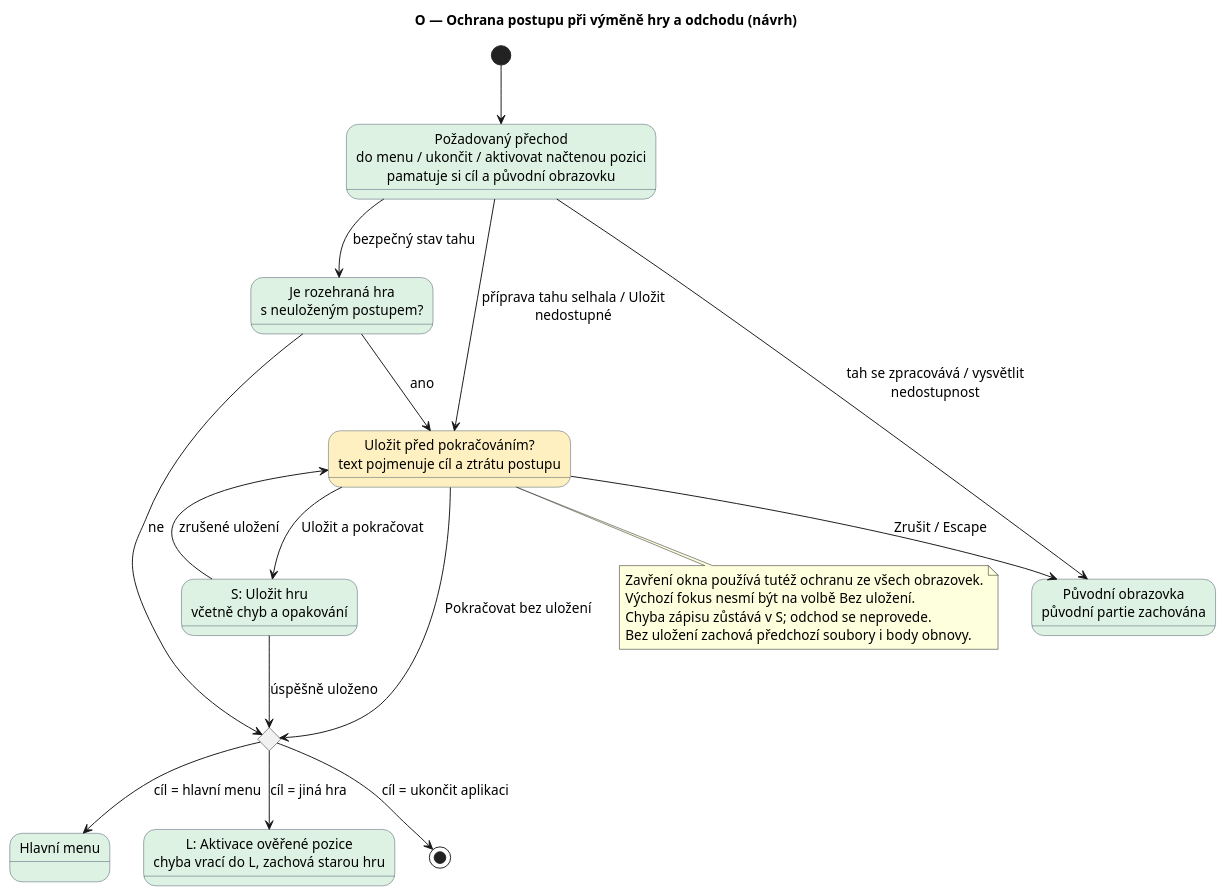
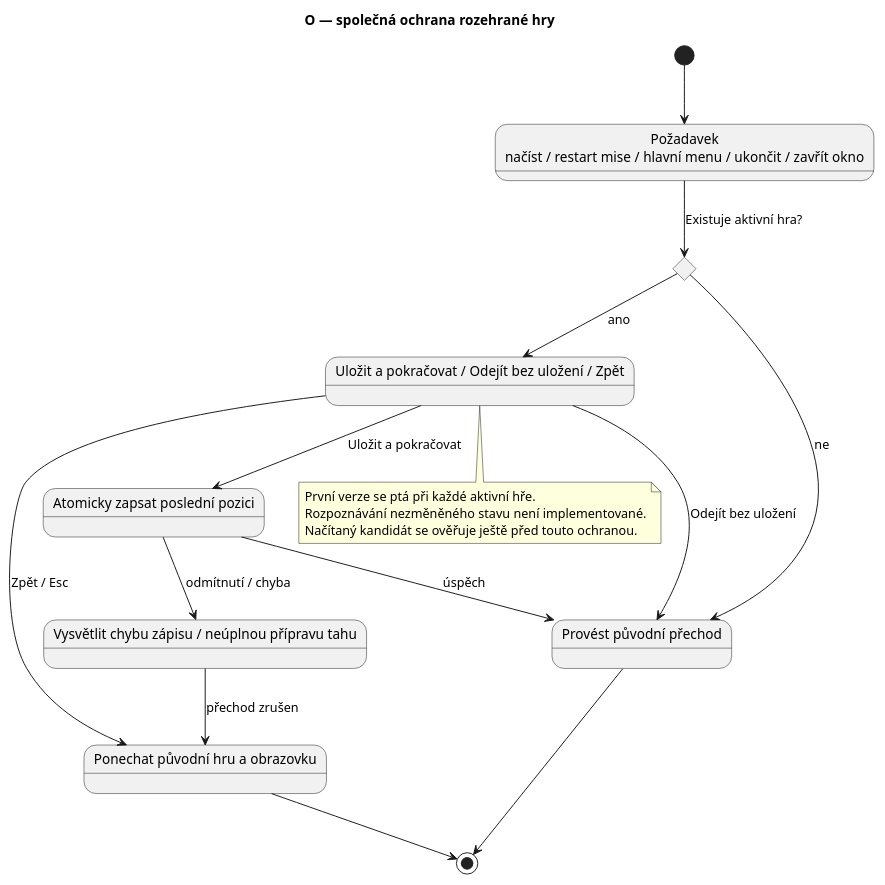
Before and after one commit to jajir/microcol: the diagram in docs/diagrams/save-load/leave.puml, drawn with PlantUML. The commit also changed 56 other files, not shown here.

```diff
--- a/docs/diagrams/save-load/leave.puml
+++ b/docs/diagrams/save-load/leave.puml
@@ -1,39 +1,29 @@
 @startuml
-title O — Ochrana postupu při výměně hry a odchodu (návrh)
+title O — společná ochrana rozehrané hry
 skinparam shadowing false
 skinparam defaultFontName SansSerif
-skinparam defaultFontSize 14
-skinparam state {
-  BackgroundColor #DDF2E3
-  BorderColor #475569
-  BackgroundColor<<potvrzeni>> #FFF0C2
-}
-state "Požadovaný přechod\ndo menu / ukončit / aktivovat načtenou pozici\npamatuje si cíl a původní obrazovku" as Request
-state "Je rozehraná hra\ns neuloženým postupem?" as Dirty
-state "Uložit před pokračováním?\ntext pojmenuje cíl a ztrátu postupu" as Confirm <<potvrzeni>>
-state "S: Uložit hru\nvčetně chyb a opakování" as Save
-state "Původní obrazovka\npůvodní partie zachována" as Return
-state "Provést čekající přechod" as Target <<choice>>
-state "Hlavní menu" as Main
-state "L: Aktivace ověřené pozice\nchyba vrací do L, zachová starou hru" as Load
+state "Požadavek\nnačíst / restart mise / hlavní menu / ukončit / zavřít okno" as Request
+state "Existuje aktivní hra?" as Active <<choice>>
+state "Uložit a pokračovat / Odejít bez uložení / Zpět" as Confirm
+state "Atomicky zapsat poslední pozici" as Save
+state "Provést původní přechod" as Proceed
+state "Ponechat původní hru a obrazovku" as Stay
+state "Vysvětlit chybu zápisu / neúplnou přípravu tahu" as Error
 [*] --> Request
-Request --> Dirty : bezpečný stav tahu
-Request --> Return : tah se zpracovává / vysvětlit\nnedostupnost
-Request --> Confirm : příprava tahu selhala / Uložit\nnedostupné
-Dirty --> Target : ne
-Dirty --> Confirm : ano
-Confirm --> Return : Zrušit / Escape
+Request --> Active : Existuje aktivní hra?
+Active --> Proceed : ne
+Active --> Confirm : ano
+Confirm --> Stay : Zpět / Esc
+Confirm --> Proceed : Odejít bez uložení
 Confirm --> Save : Uložit a pokračovat
-Save --> Confirm : zrušené uložení
-Save --> Target : úspěšně uloženo
-Confirm --> Target : Pokračovat bez uložení
-Target --> Main : cíl = hlavní menu
-Target --> Load : cíl = jiná hra
-Target --> [*] : cíl = ukončit aplikaci
+Save --> Proceed : úspěch
+Save --> Error : odmítnutí / chyba
+Error --> Stay : přechod zrušen
+Stay --> [*]
+Proceed --> [*]
 note bottom of Confirm
-  Zavření okna používá tutéž ochranu ze všech obrazovek.
-  Výchozí fokus nesmí být na volbě Bez uložení.
-  Chyba zápisu zůstává v S; odchod se neprovede.
-  Bez uložení zachová předchozí soubory i body obnovy.
+První verze se ptá při každé aktivní hře.
+Rozpoznávání nezměněného stavu není implementované.
+Načítaný kandidát se ověřuje ještě před touto ochranou.
 end note
 @enduml
```
